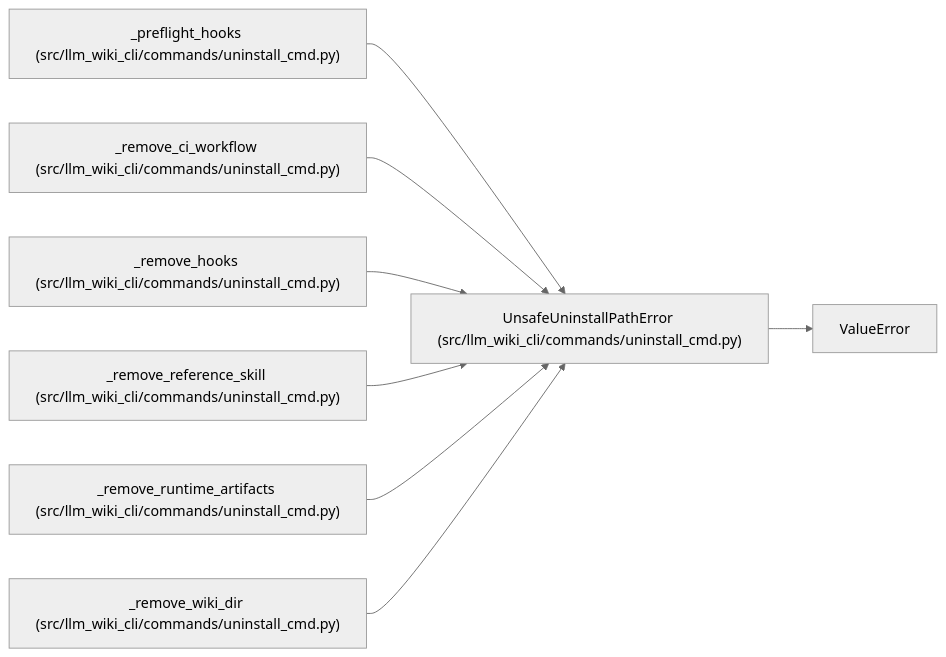
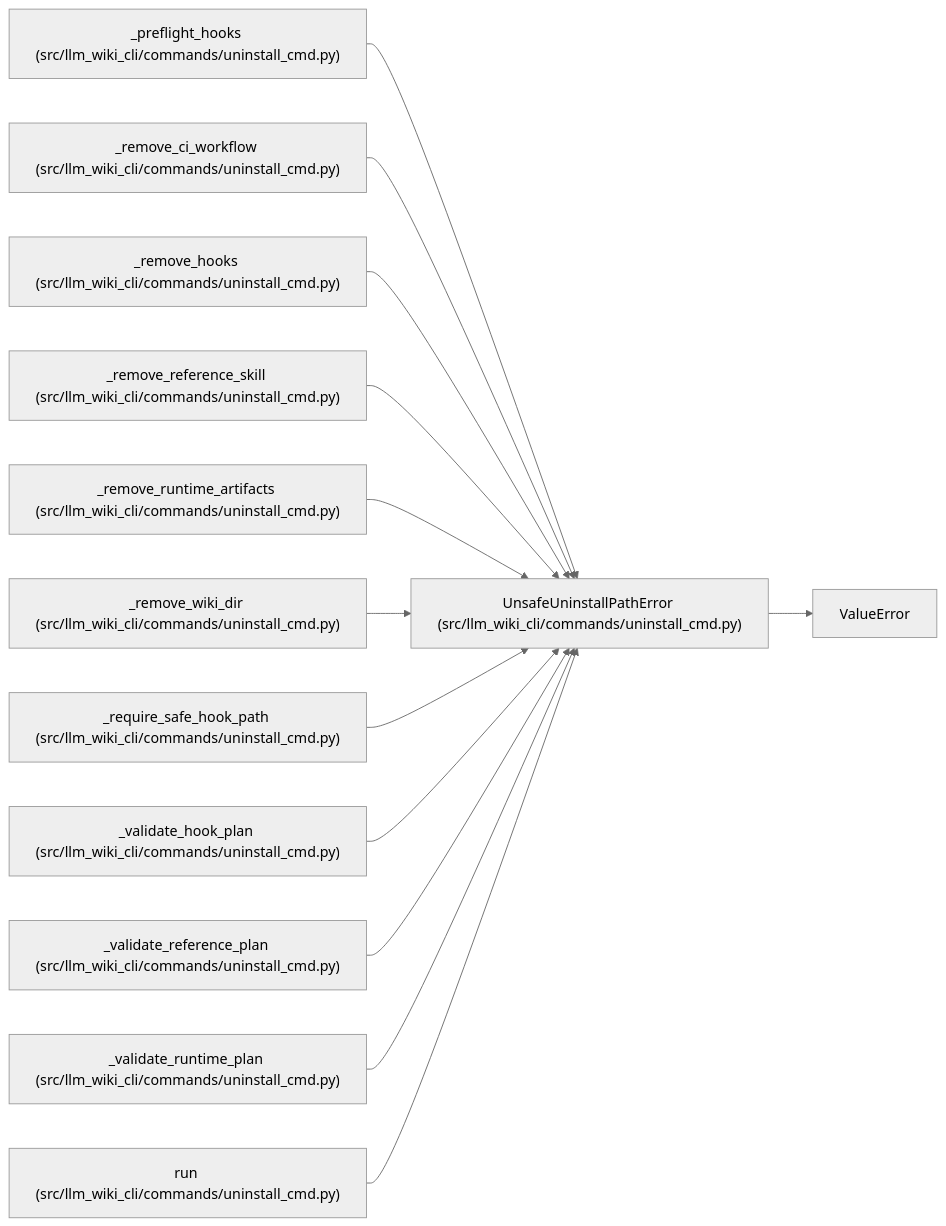
The diagram in docs/llm_wiki/entities/UnsafeUninstallPathError.md (Denissvgn/python-wiki-llm), drawn with Mermaid (neutral theme) before and after one commit. The commit also changed other lines of this file and 493 other files, not shown here.

````diff
--- a/docs/llm_wiki/entities/UnsafeUninstallPathError.md
+++ b/docs/llm_wiki/entities/UnsafeUninstallPathError.md
@@ -23,25 +23,40 @@
 ```mermaid
 flowchart LR
     n0["UnsafeUninstallPathError (src/llm_wiki_cli/commands/uninstall_cmd.py)"]
     n1["ValueError"]
     n2["_preflight_hooks (src/llm_wiki_cli/commands/uninstall_cmd.py)"]
     n3["_remove_ci_workflow (src/llm_wiki_cli/commands/uninstall_cmd.py)"]
     n4["_remove_hooks (src/llm_wiki_cli/commands/uninstall_cmd.py)"]
     n5["_remove_reference_skill (src/llm_wiki_cli/commands/uninstall_cmd.py)"]
     n6["_remove_runtime_artifacts (src/llm_wiki_cli/commands/uninstall_cmd.py)"]
     n7["_remove_wiki_dir (src/llm_wiki_cli/commands/uninstall_cmd.py)"]
+    n8["_require_safe_hook_path (src/llm_wiki_cli/commands/uninstall_cmd.py)"]
+    n9["_validate_hook_plan (src/llm_wiki_cli/commands/uninstall_cmd.py)"]
+    n10["_validate_reference_plan (src/llm_wiki_cli/commands/uninstall_cmd.py)"]
+    n11["_validate_runtime_plan (src/llm_wiki_cli/commands/uninstall_cmd.py)"]
+    n12["run (src/llm_wiki_cli/commands/uninstall_cmd.py)"]
     n0 --> n1
     n2 --> n0
     n3 --> n0
     n4 --> n0
     n5 --> n0
     n6 --> n0
     n7 --> n0
+    n8 --> n0
+    n9 --> n0
+    n10 --> n0
+    n11 --> n0
+    n12 --> n0
     click n0 "../modules/uninstall_cmd.md"
     click n2 "../modules/uninstall_cmd.md"
     click n3 "../modules/uninstall_cmd.md"
     click n4 "../modules/uninstall_cmd.md"
     click n5 "../modules/uninstall_cmd.md"
     click n6 "../modules/uninstall_cmd.md"
     click n7 "../modules/uninstall_cmd.md"
+    click n8 "../modules/uninstall_cmd.md"
+    click n9 "../modules/uninstall_cmd.md"
+    click n10 "../modules/uninstall_cmd.md"
+    click n11 "../modules/uninstall_cmd.md"
+    click n12 "../modules/uninstall_cmd.md"
 ```
````
